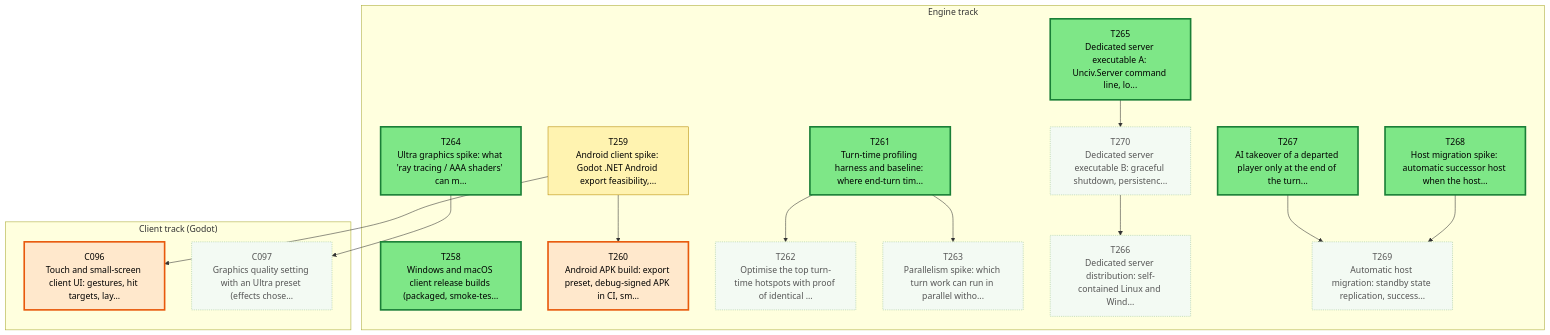
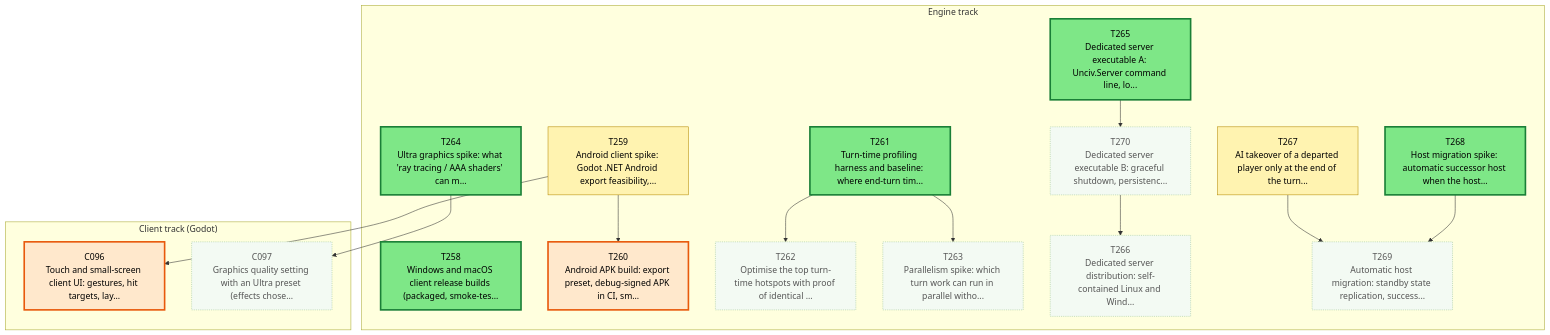
The first of 3 diagrams in csharp/migration/DEPENDENCY_MAP.md (Kenmura/Unciv), drawn with Mermaid before and after one commit. The commit also changed other lines of this file and 1 other file, not shown here.

````diff
--- a/csharp/migration/DEPENDENCY_MAP.md
+++ b/csharp/migration/DEPENDENCY_MAP.md
@@ -35,53 +35,53 @@
 ```mermaid
 flowchart TD
   subgraph TTRACK["Engine track"]
     T258["T258<br/>Windows and macOS client release builds (packaged, smoke-tes..."]
     T259["T259<br/>Android client spike: Godot .NET Android export feasibility,..."]
     T260["T260<br/>Android APK build: export preset, debug-signed APK in CI, sm..."]
     T261["T261<br/>Turn-time profiling harness and baseline: where end-turn tim..."]
     T262["T262<br/>Optimise the top turn-time hotspots with proof of identical ..."]
     T263["T263<br/>Parallelism spike: which turn work can run in parallel witho..."]
     T264["T264<br/>Ultra graphics spike: what 'ray tracing / AAA shaders' can m..."]
     T265["T265<br/>Dedicated server executable A: Unciv.Server command line, lo..."]
     T266["T266<br/>Dedicated server distribution: self-contained Linux and Wind..."]
     T267["T267<br/>AI takeover of a departed player only at the end of the turn..."]
     T268["T268<br/>Host migration spike: automatic successor host when the host..."]
     T269["T269<br/>Automatic host migration: standby state replication, success..."]
     T270["T270<br/>Dedicated server executable B: graceful shutdown, persistenc..."]
   end
   subgraph CTRACK["Client track (Godot)"]
     C096["C096<br/>Touch and small-screen client UI: gestures, hit targets, lay..."]
     C097["C097<br/>Graphics quality setting with an Ultra preset (effects chose..."]
   end
   T259 --> T260
   T261 --> T262
   T261 --> T263
   T270 --> T266
   T268 --> T269
   T267 --> T269
   T265 --> T270
   T259 --> C096
   T264 --> C097
   classDef waiting fill:#f3faf3,stroke:#9bc49b,color:#555,stroke-dasharray:2 2
   classDef ondeck fill:#ffe8cc,stroke:#e8590c,stroke-width:3px,color:#000
   classDef ready fill:#7ee787,stroke:#1a7f37,stroke-width:3px,color:#000
   classDef prog fill:#fff3b0,stroke:#b58900,color:#000
   classDef review fill:#cfe4ff,stroke:#1f6feb,color:#000
   classDef blocked fill:#ffd6d6,stroke:#c62828,color:#000
   classDef done fill:#eeeeee,stroke:#999999,color:#666,stroke-dasharray:4 3
   class C096 ondeck
   class C097 waiting
   class T258 ready
   class T259 prog
   class T260 ondeck
   class T261 ready
   class T262 waiting
   class T263 waiting
   class T264 ready
   class T265 ready
   class T266 waiting
-  class T267 ready
+  class T267 prog
   class T268 ready
   class T269 waiting
   class T270 waiting
 ```
````
